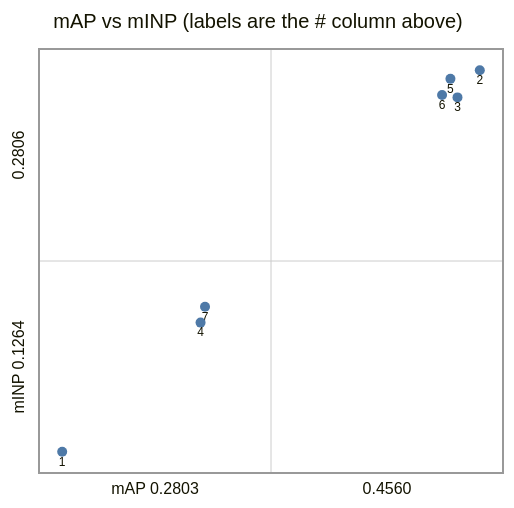
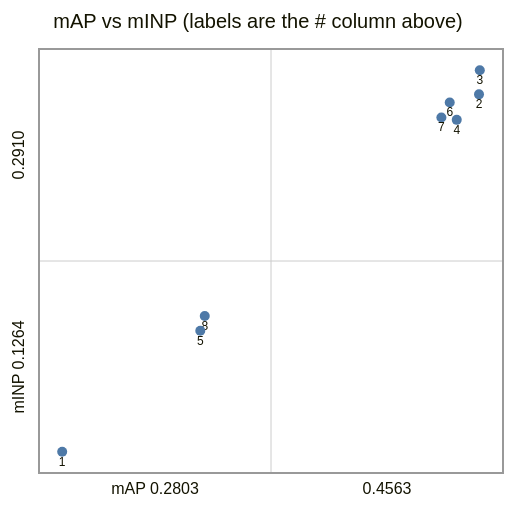
Before and after one commit to karolmajek/torment-nexus: the third of 8 diagrams in results/table.md, drawn with Mermaid. The commit also changed other lines of this file and 31 other files, not shown here.

````diff
--- a/results/table.md
+++ b/results/table.md
@@ -55,18 +56,19 @@
 ```mermaid
 %%{init: {"themeVariables": {"quadrant1Fill": "transparent", "quadrant2Fill": "transparent", "quadrant3Fill": "transparent", "quadrant4Fill": "transparent", "quadrantExternalBorderStrokeFill": "#999999", "quadrantInternalBorderStrokeFill": "#cccccc", "quadrantPointFill": "#4e79a7"}}}%%
 quadrantChart
     title mAP vs mINP (labels are the # column above)
-    x-axis "mAP 0.2803" --> "0.4560"
-    y-axis "mINP 0.1264" --> "0.2806"
+    x-axis "mAP 0.2803" --> "0.4563"
+    y-axis "mINP 0.1264" --> "0.2910"
     quadrant-1 " "
     quadrant-2 " "
     quadrant-3 " "
     quadrant-4 " "
     1: [0.0500, 0.0500]
-    2: [0.9500, 0.9500]
-    3: [0.9019, 0.8859]
-    4: [0.3482, 0.3547]
-    5: [0.8867, 0.9296]
-    6: [0.8687, 0.8917]
-    7: [0.3578, 0.3920]
+    2: [0.9483, 0.8930]
+    3: [0.9500, 0.9500]
+    4: [0.9003, 0.8329]
+    5: [0.3476, 0.3353]
+    6: [0.8852, 0.8739]
+    7: [0.8672, 0.8384]
+    8: [0.3572, 0.3703]
 ```
````
